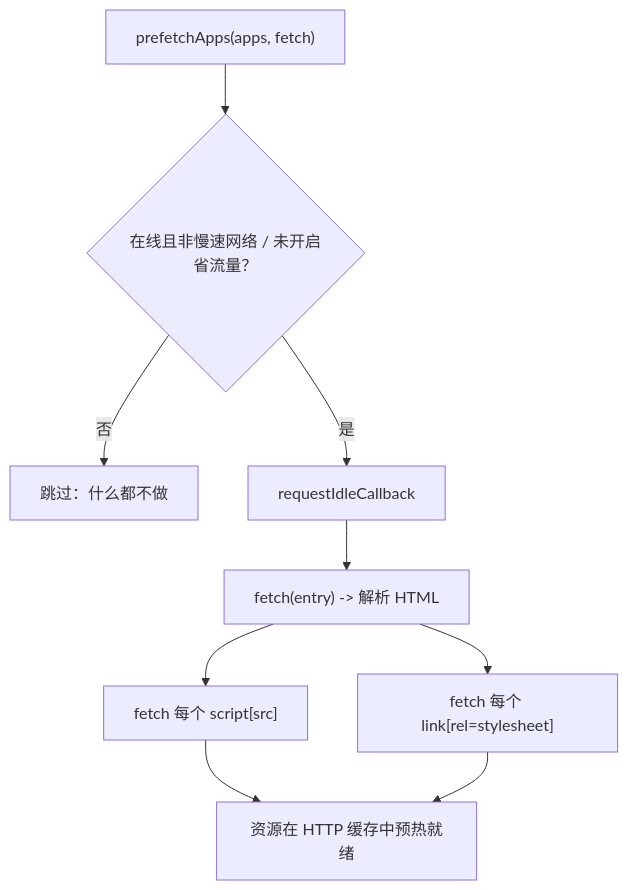
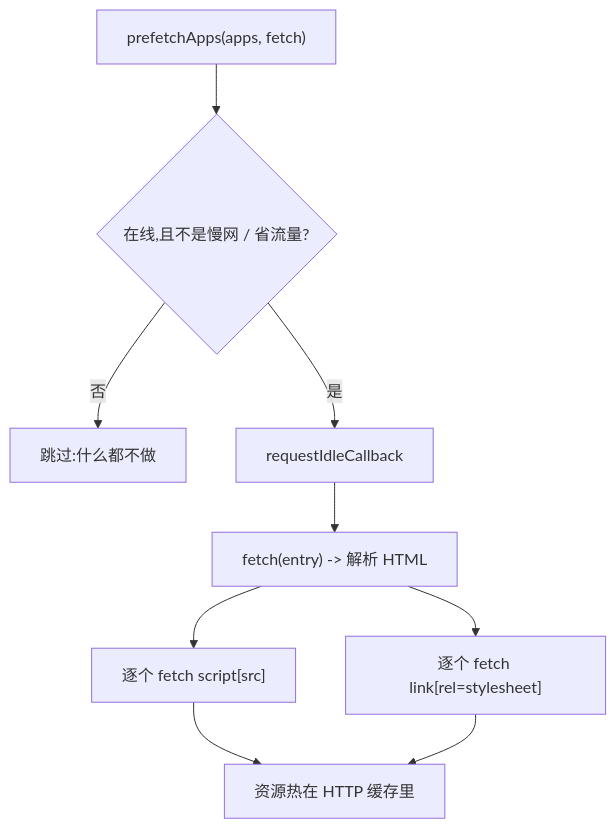
One commit to umijs/qiankun changed the diagram in docs/zh-CN/api/prefetch-apps.md. Above: the diagram before and after it, drawn with Mermaid. The commit also changed other lines of this file and 63 other files, not shown here.

````diff
--- a/docs/zh-CN/api/prefetch-apps.md
+++ b/docs/zh-CN/api/prefetch-apps.md
@@ -54,11 +54,11 @@
 ```mermaid
 flowchart TD
-  A["prefetchApps(apps, fetch)"] --> B{"在线且非慢速网络 / 未开启省流量？"}
-  B -- 否 --> Z["跳过：什么都不做"]
+  A["prefetchApps(apps, fetch)"] --> B{"在线,且不是慢网 / 省流量?"}
+  B -- 否 --> Z["跳过:什么都不做"]
   B -- 是 --> C["requestIdleCallback"]
   C --> D["fetch(entry) -> 解析 HTML"]
-  D --> E["fetch 每个 script[src]"]
-  D --> F["fetch 每个 link[rel=stylesheet]"]
-  E --> G["资源在 HTTP 缓存中预热就绪"]
+  D --> E["逐个 fetch script[src]"]
+  D --> F["逐个 fetch link[rel=stylesheet]"]
+  E --> G["资源热在 HTTP 缓存里"]
   F --> G
 ```
````
